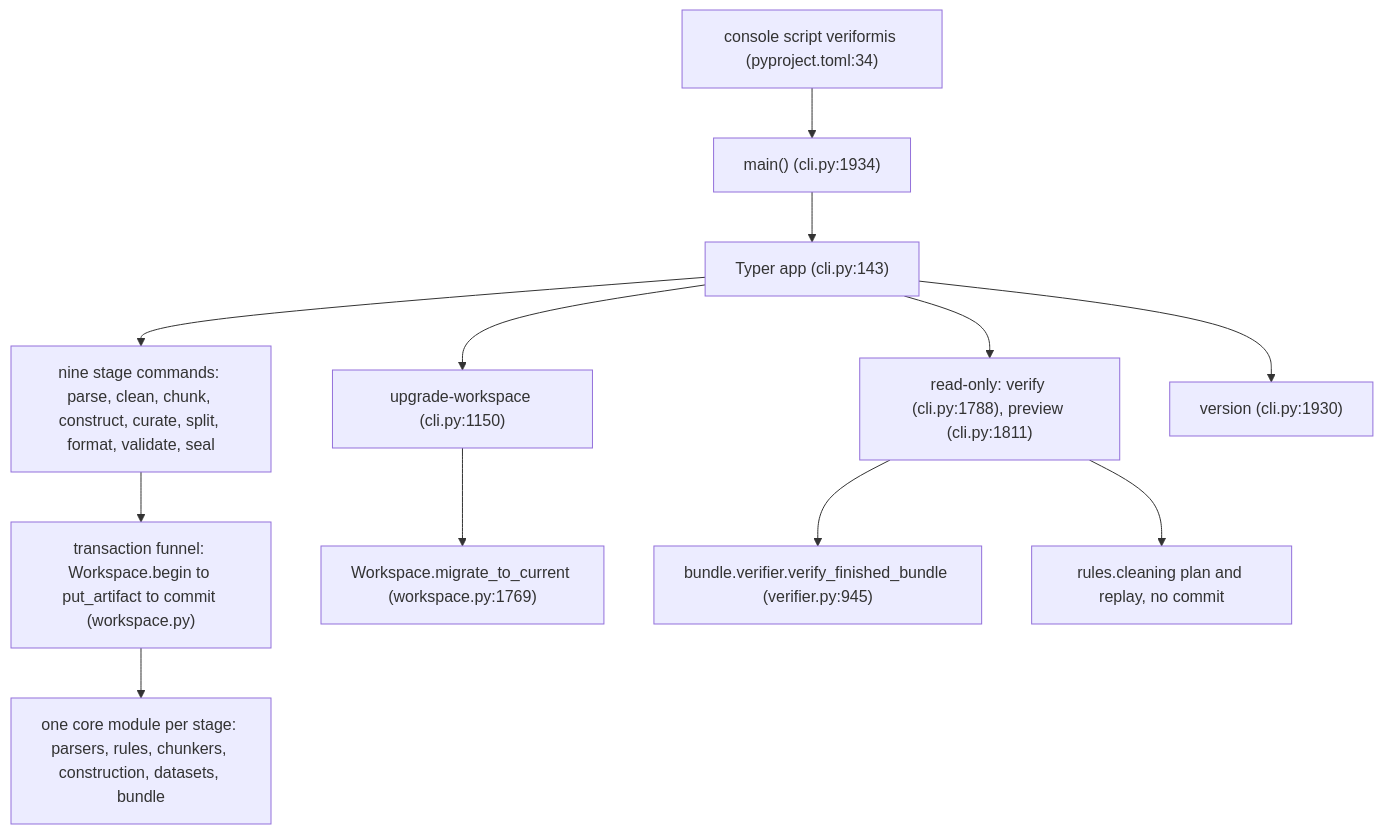
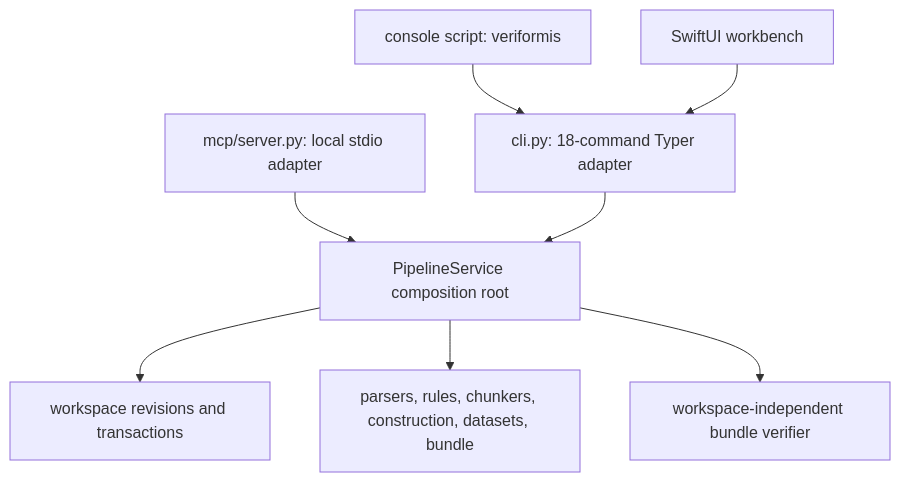
The first of 2 diagrams in docs/architecture/entry-points.md (ogprotege/Veriformis), drawn with Mermaid before and after one commit. The commit also changed other lines of this file and 83 other files, not shown here.

````diff
--- a/docs/architecture/entry-points.md
+++ b/docs/architecture/entry-points.md
@@ -40,14 +36,10 @@
 ```mermaid
 flowchart TD
-    script["console script veriformis (pyproject.toml:34)"] --> main["main() (cli.py:1934)"]
-    main --> app["Typer app (cli.py:143)"]
-    app --> stage["nine stage commands: parse, clean, chunk, construct, curate, split, format, validate, seal"]
-    app --> maint["upgrade-workspace (cli.py:1150)"]
-    app --> ro["read-only: verify (cli.py:1788), preview (cli.py:1811)"]
-    app --> meta["version (cli.py:1930)"]
-    stage --> txn["transaction funnel: Workspace.begin to put_artifact to commit (workspace.py)"]
-    maint --> migrate["Workspace.migrate_to_current (workspace.py:1769)"]
-    txn --> core["one core module per stage: parsers, rules, chunkers, construction, datasets, bundle"]
-    ro --> verifier["bundle.verifier.verify_finished_bundle (verifier.py:945)"]
-    ro --> plan["rules.cleaning plan and replay, no commit"]
+    script["console script: veriformis"] --> cli["cli.py: 18-command Typer adapter"]
+    mcp["mcp/server.py: local stdio adapter"] --> service["PipelineService composition root"]
+    cli --> service
+    mac["SwiftUI workbench"] --> cli
+    service --> workspace["workspace revisions and transactions"]
+    service --> domains["parsers, rules, chunkers, construction, datasets, bundle"]
+    service --> verifier["workspace-independent bundle verifier"]
 ```
````
